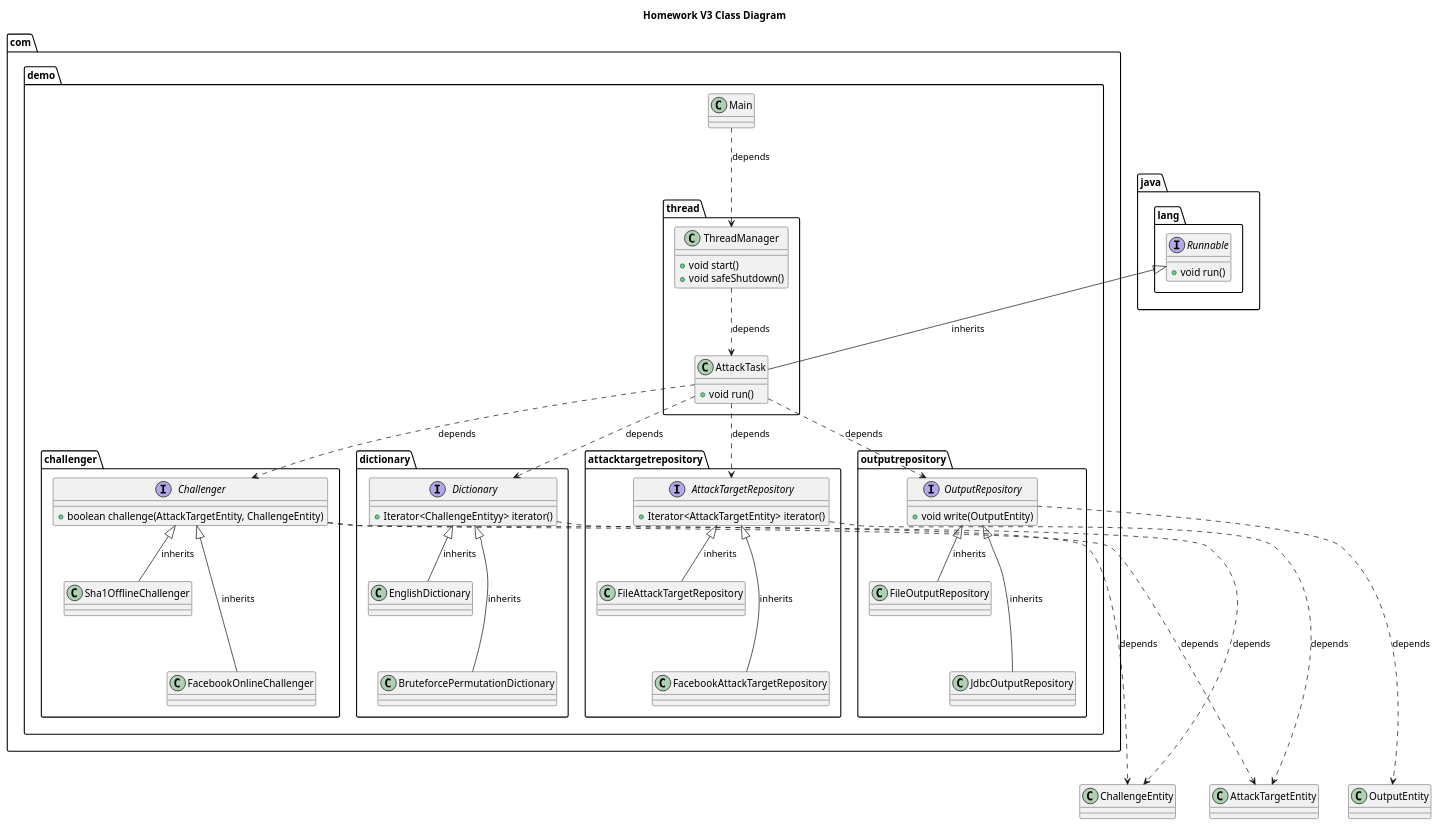
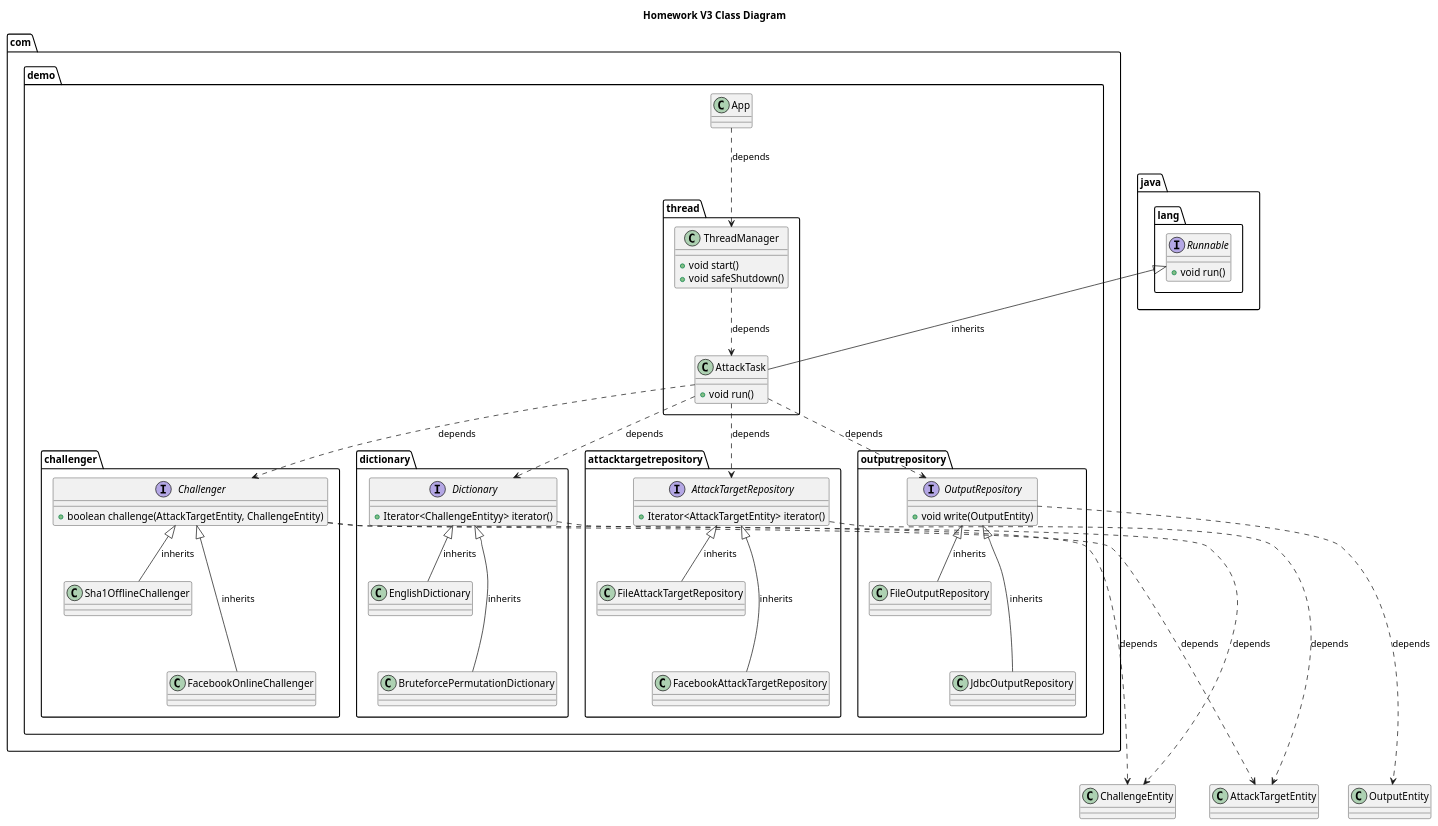
Before and after one commit to Soonki/view-cert: the diagram in dictionary-attack/docs/uml/class-diagram-v3.puml, drawn with PlantUML. The commit also changed 8 other files, not shown here.

```diff
--- a/dictionary-attack/docs/uml/class-diagram-v3.puml
+++ b/dictionary-attack/docs/uml/class-diagram-v3.puml
@@ -1,59 +1,59 @@
 @startuml
 title Homework V3 Class Diagram
 
 ' challengers
 interface com.demo.challenger.Challenger {
     + boolean challenge(AttackTargetEntity, ChallengeEntity)
 }
 
 ' dictionaries
 interface com.demo.dictionary.Dictionary {
     + Iterator<ChallengeEntityy> iterator()
 }
 
 ' targets
 interface com.demo.attacktargetrepository.AttackTargetRepository {
     + Iterator<AttackTargetEntity> iterator()
 }
 
 ' output repositories
 interface com.demo.outputrepository.OutputRepository {
     + void write(OutputEntity)
 }
 
 ' others
 interface java.lang.Runnable {
     + void run()
 }
 class com.demo.thread.AttackTask {
     + void run()
 }
 class com.demo.thread.ThreadManager {
     + void start()
     + void safeShutdown()
 }
-class com.demo.Main
+class com.demo.App
 
 ' relationship
-com.demo.Main ..> com.demo.thread.ThreadManager: depends
+com.demo.App ..> com.demo.thread.ThreadManager: depends
 com.demo.attacktargetrepository.AttackTargetRepository <|-- com.demo.attacktargetrepository.FileAttackTargetRepository: inherits
 com.demo.attacktargetrepository.AttackTargetRepository <|--- com.demo.attacktargetrepository.FacebookAttackTargetRepository: inherits
 com.demo.challenger.Challenger <|-- com.demo.challenger.Sha1OfflineChallenger: inherits
 com.demo.challenger.Challenger <|--- com.demo.challenger.FacebookOnlineChallenger: inherits
 com.demo.dictionary.Dictionary <|-- com.demo.dictionary.EnglishDictionary: inherits
 com.demo.dictionary.Dictionary <|--- com.demo.dictionary.BruteforcePermutationDictionary: inherits
 com.demo.outputrepository.OutputRepository <|-- com.demo.outputrepository.FileOutputRepository: inherits
 com.demo.outputrepository.OutputRepository <|--- com.demo.outputrepository.JdbcOutputRepository: inherits
 com.demo.thread.AttackTask ..> com.demo.attacktargetrepository.AttackTargetRepository: depends
 com.demo.thread.AttackTask ..> com.demo.challenger.Challenger: depends
 com.demo.thread.AttackTask ..> com.demo.dictionary.Dictionary: depends
 com.demo.thread.AttackTask ..> com.demo.outputrepository.OutputRepository: depends
 com.demo.thread.ThreadManager ..> com.demo.thread.AttackTask: depends
 java.lang.Runnable <|-- com.demo.thread.AttackTask: inherits
 com.demo.challenger.Challenger ....> ChallengeEntity: depends
 com.demo.challenger.Challenger ....> AttackTargetEntity: depends
 com.demo.dictionary.Dictionary ....> ChallengeEntity: depends
 com.demo.outputrepository.OutputRepository ....> OutputEntity: depends
 com.demo.attacktargetrepository.AttackTargetRepository ....> AttackTargetEntity: depends
 
 @enduml
```
